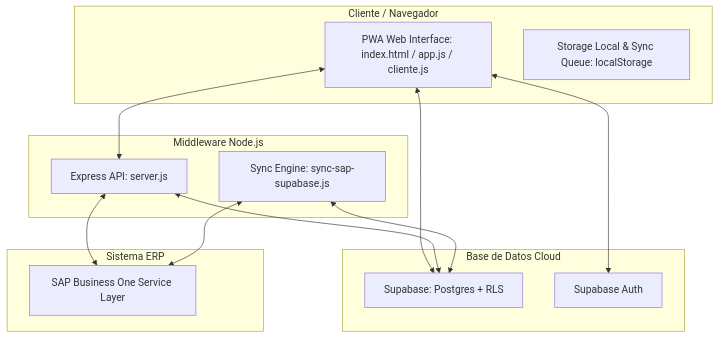
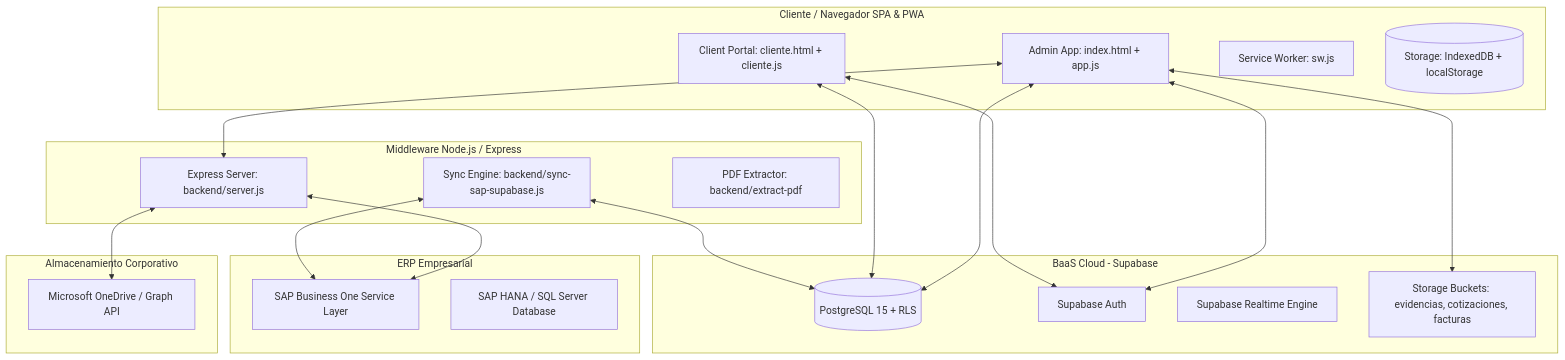
The diagram in manuales/manual_tecnico_desarrollador.md (lbesoy/sapi-postventa), drawn with Mermaid before and after one commit. The commit also changed other lines of this file and 48 other files, not shown here.

````diff
--- a/manuales/manual_tecnico_desarrollador.md
+++ b/manuales/manual_tecnico_desarrollador.md
@@ -11,29 +13,42 @@
 ```mermaid
 graph TD
-    subgraph Frontend [Cliente / Navegador]
-        PWA[PWA Web Interface: index.html / app.js / cliente.js]
-        LocalDB[Storage Local & Sync Queue: localStorage]
+    subgraph Frontend [Cliente / Navegador SPA & PWA]
+        AdminApp[Admin App: index.html + app.js]
+        ClientApp[Client Portal: cliente.html + cliente.js]
+        SW[Service Worker: sw.js]
+        LocalStore[(Storage: IndexedDB + localStorage)]
     end
 
-    subgraph Backend [Middleware Node.js]
-        API[Express API: server.js]
-        SyncScript[Sync Engine: sync-sap-supabase.js]
+    subgraph Backend [Middleware Node.js / Express]
+        Server[Express Server: backend/server.js]
+        SyncEngine[Sync Engine: backend/sync-sap-supabase.js]
+        PDFEngine[PDF Extractor: backend/extract-pdf]
     end
 
-    subgraph Data [Base de Datos Cloud]
-        SupaDB[Supabase: Postgres + RLS]
-        SupaAuth[Supabase Auth]
+    subgraph Database [BaaS Cloud - Supabase]
+        Postgres[(PostgreSQL 15 + RLS)]
+        Auth[Supabase Auth]
+        Realtime[Supabase Realtime Engine]
+        Storage[Storage Buckets: evidencias, cotizaciones, facturas]
     end
 
-    subgraph ERP [Sistema ERP]
+    subgraph ERP [ERP Empresarial]
         SAP[SAP Business One Service Layer]
+        HANA[SAP HANA / SQL Server Database]
     end
 
-    PWA <--> SupaDB
-    PWA <--> SupaAuth
-    PWA <--> API
-    API <--> SupaDB
-    API <--> SAP
-    SyncScript <--> SAP
-    SyncScript <--> SupaDB
+    subgraph CloudStorage [Almacenamiento Corporativo]
+        OneDrive[Microsoft OneDrive / Graph API]
+    end
+
+    AdminApp <--> Postgres
+    AdminApp <--> Auth
+    AdminApp <--> Storage
+    ClientApp <--> Postgres
+    ClientApp <--> Auth
+    AdminApp <--> Server
+    Server <--> SAP
+    SyncEngine <--> SAP
+    SyncEngine <--> Postgres
+    Server <--> OneDrive
 ```
````
